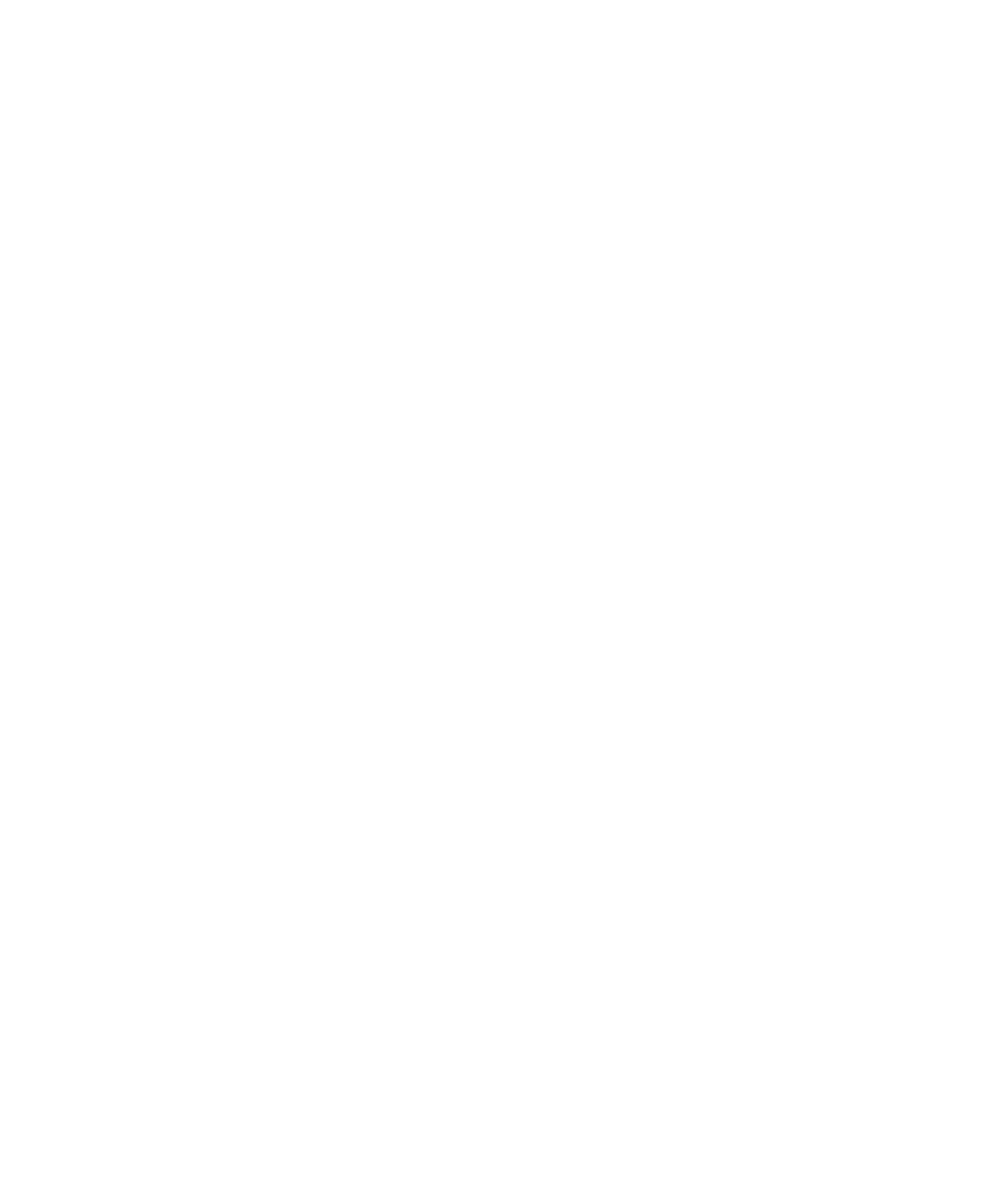
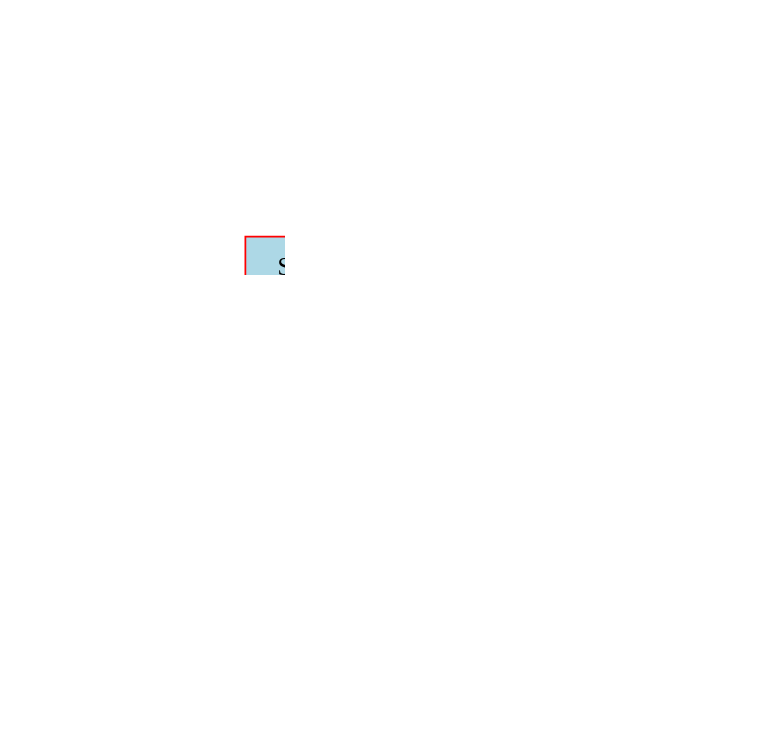
One commit to dodokek/Tree-Structure-Akinator changed the diagram in data/graph.dot. Above: the diagram before and after it, drawn with Graphviz. The commit also changed 4 other files, not shown here.

```diff
--- a/data/graph.dot
+++ b/data/graph.dot
@@ -1,61 +1,37 @@
 
     digraph g {
         dpi      = 200;
         fontname = "Comic Sans MS";
         fontsize = 20;
         rankdir   =  TB;
         edge [color = darkgrey, arrowhead = onormal, arrowsize = 1, penwidth = 1.2]
         graph[fillcolor = lightgreen, ranksep = 1.3, nodesep = 0.5,
         style = "rounded, filled",color = green, penwidth = 2]
 
-    Node0000020efd283940[shape=rectangle, color="red", width=0.2, style="filled",fillcolor="lightblue", label="Animal"] 
+    Node0000020498943940[shape=rectangle, color="red", width=0.2, style="filled",fillcolor="lightblue", label="Animal"] 
  
-Node0000020efd283970[shape=rectangle, color="red", width=0.2, style="filled",fillcolor="lightblue", label="Bebra"] 
+Node0000020498943970[shape=rectangle, color="red", width=0.2, style="filled",fillcolor="lightblue", label="Super Coder"] 
  
-Node0000020efd283f80[shape=rectangle, color="red", width=0.2, style="filled",fillcolor="lightblue", label="TurboLol"] 
+Node0000020498942950[shape=rectangle, color="red", width=0.2, style="filled",fillcolor="lightblue", label="Sucks Dicks"] 
  
-Node0000020efd397d80[shape=rectangle, color="red", width=0.2, style="filled",fillcolor="lightblue", label="Kek"] 
+Node0000020498942980[shape=rectangle, color="red", width=0.2, style="filled",fillcolor="lightblue", label="Chris"] 
  
-Node0000020efd397e20[shape=rectangle, color="red", width=0.2, style="filled",fillcolor="lightblue", label="Cool"] 
+Node00000204989429b0[shape=rectangle, color="red", width=0.2, style="filled",fillcolor="lightblue", label="Sanya"] 
  
-Node0000020efd2a7ae0[shape=rectangle, color="red", width=0.2, style="filled",fillcolor="lightblue", label="Dolbaeb"] 
+Node0000020497187cd0[shape=rectangle, color="red", width=0.2, style="filled",fillcolor="lightblue", label="Vlados"] 
  
-Node0000020efd2a78a0[shape=rectangle, color="red", width=0.2, style="filled",fillcolor="lightblue", label="Vlados"] 
+Node0000020497187d70[shape=rectangle, color="red", width=0.2, style="filled",fillcolor="lightblue", label="Cute"] 
  
-Node0000020efd397ec0[shape=rectangle, color="red", width=0.2, style="filled",fillcolor="lightblue", label="AlexVlasenko"] 
+Node0000020497187e10[shape=rectangle, color="red", width=0.2, style="filled",fillcolor="lightblue", label="Victor"] 
  
-Node0000020efd397f60[shape=rectangle, color="red", width=0.2, style="filled",fillcolor="lightblue", label="Hehe coo"] 
+Node0000020497187eb0[shape=rectangle, color="red", width=0.2, style="filled",fillcolor="lightblue", label="Vovcheg"] 
  
-Node0000020efd398000[shape=rectangle, color="red", width=0.2, style="filled",fillcolor="lightblue", label="Hoho oo"] 
- 
-Node0000020efd3980a0[shape=rectangle, color="red", width=0.2, style="filled",fillcolor="lightblue", label="Amongus"] 
- 
-Node0000020efd398140[shape=rectangle, color="red", width=0.2, style="filled",fillcolor="lightblue", label="Petushok"] 
- 
-Node0000020efd3981e0[shape=rectangle, color="red", width=0.2, style="filled",fillcolor="lightblue", label="Sashok"] 
- 
-Node0000020efd398280[shape=rectangle, color="red", width=0.2, style="filled",fillcolor="lightblue", label="Sus"] 
- 
-Node0000020efd398320[shape=rectangle, color="red", width=0.2, style="filled",fillcolor="lightblue", label="NotBebra"] 
- 
-Node0000020efd398530[shape=rectangle, color="red", width=0.2, style="filled",fillcolor="lightblue", label="Sanya"] 
- 
-Node0000020efd398500[shape=rectangle, color="red", width=0.2, style="filled",fillcolor="lightblue", label="Vlados"] 
- 
-Node0000020efd283940->Node0000020efd283970
-Node0000020efd283970->Node0000020efd283f80
-Node0000020efd283f80->Node0000020efd397d80
-Node0000020efd283f80->Node0000020efd397e20
-Node0000020efd397e20->Node0000020efd2a7ae0
-Node0000020efd2a7ae0->Node0000020efd2a78a0
-Node0000020efd2a7ae0->Node0000020efd397ec0
-Node0000020efd397e20->Node0000020efd397f60
-Node0000020efd397f60->Node0000020efd398000
-Node0000020efd397f60->Node0000020efd3980a0
-Node0000020efd283970->Node0000020efd398140
-Node0000020efd398140->Node0000020efd3981e0
-Node0000020efd398140->Node0000020efd398280
-Node0000020efd283940->Node0000020efd398320
-Node0000020efd398320->Node0000020efd398530
-Node0000020efd398320->Node0000020efd398500
+Node0000020498943940->Node0000020498943970
+Node0000020498943970->Node0000020498942950
+Node0000020498942950->Node0000020498942980
+Node0000020498942950->Node00000204989429b0
+Node0000020498943970->Node0000020497187cd0
+Node0000020498943940->Node0000020497187d70
+Node0000020497187d70->Node0000020497187e10
+Node0000020497187d70->Node0000020497187eb0
 }
```
